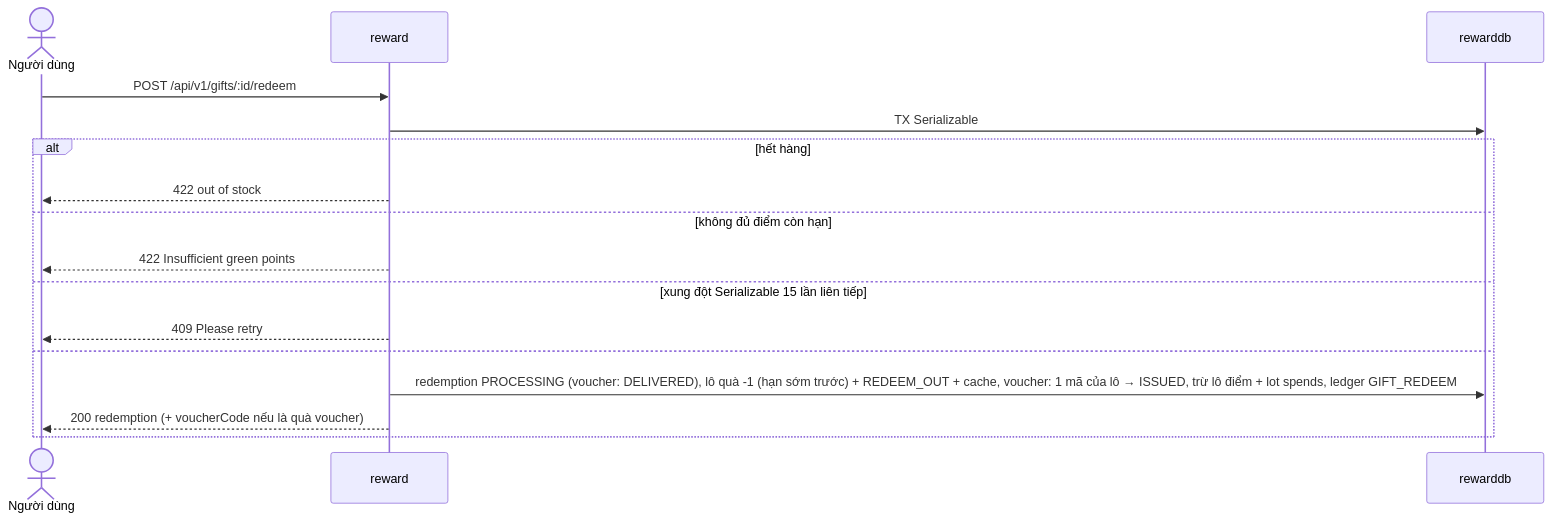
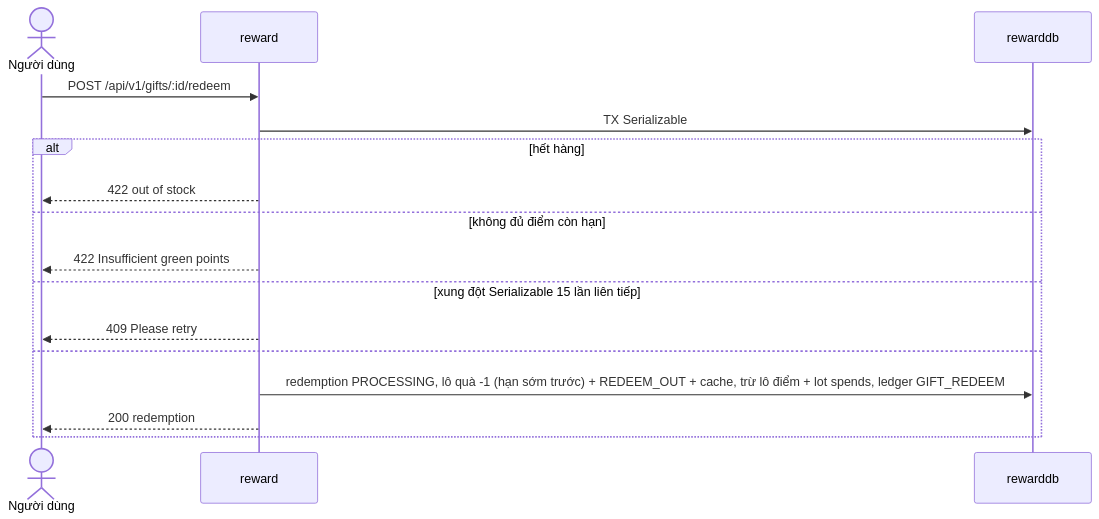
Diagram 26 of 31 in 02-business-flows.md (DOAN2-UQT-KN/ecolink-docs), drawn with Mermaid before and after one commit. The commit also changed other lines of this file and 8 other files, not shown here.

````diff
--- a/02-business-flows.md
+++ b/02-business-flows.md
@@ -1136,18 +1133,18 @@
 ```mermaid
 sequenceDiagram
   actor U as Người dùng
   participant RW as reward
   participant DB as rewarddb
   U->>RW: POST /api/v1/gifts/:id/redeem
   RW->>DB: TX Serializable
   alt hết hàng
     RW-->>U: 422 out of stock
   else không đủ điểm còn hạn
     RW-->>U: 422 Insufficient green points
   else xung đột Serializable 15 lần liên tiếp
     RW-->>U: 409 Please retry
   else
-    RW->>DB: redemption PROCESSING (voucher: DELIVERED), lô quà -1 (hạn sớm trước) + REDEEM_OUT + cache, voucher: 1 mã của lô → ISSUED, trừ lô điểm + lot spends, ledger GIFT_REDEEM
-    RW-->>U: 200 redemption (+ voucherCode nếu là quà voucher)
+    RW->>DB: redemption PROCESSING, lô quà -1 (hạn sớm trước) + REDEEM_OUT + cache, trừ lô điểm + lot spends, ledger GIFT_REDEEM
+    RW-->>U: 200 redemption
   end
 ```
````
